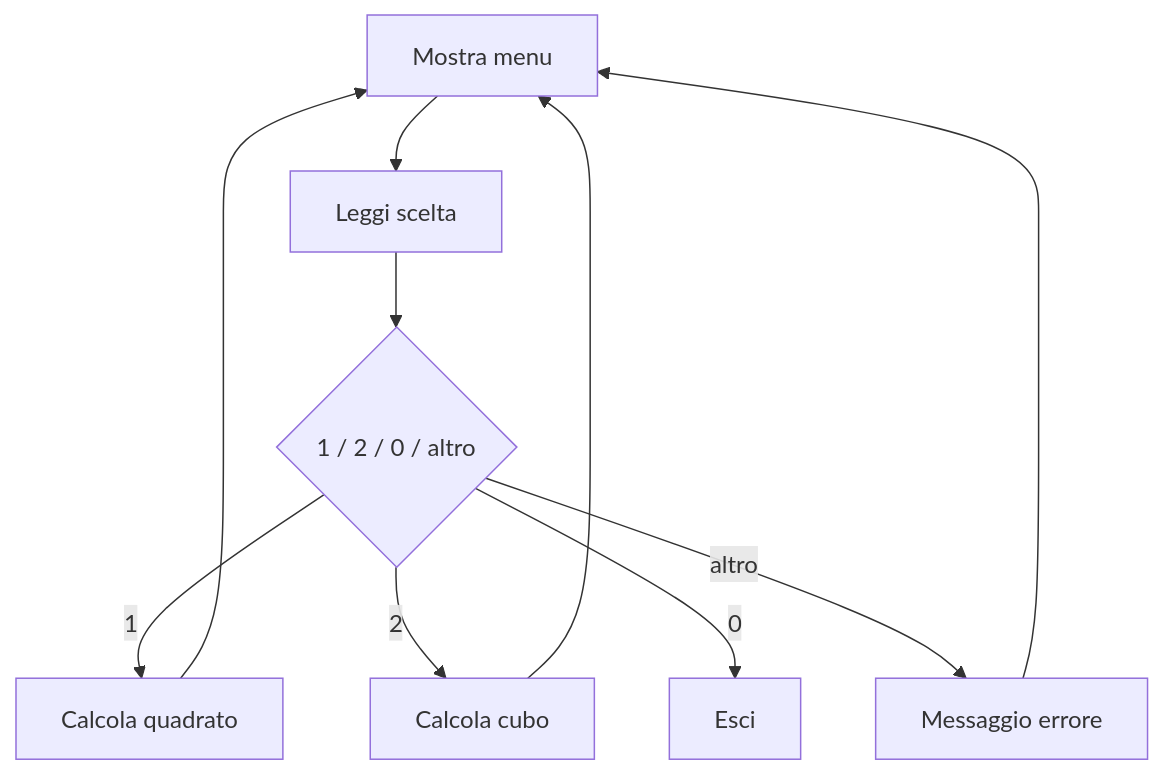
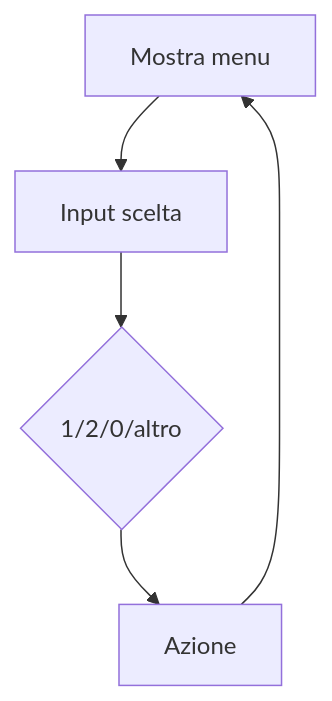
Before and after one commit to lucadagati/Lab_Fondamenti_di_Informatica_25_26: diagram 18 of 20 in 04-python-jupyter-analisi-biomedica/README.md, drawn with Mermaid. The commit also changed other lines of this file, not shown here.

First line of the commit message:
README Lab 4: diagrammi separati per Jupyter e Python

````diff
--- a/04-python-jupyter-analisi-biomedica/README.md
+++ b/04-python-jupyter-analisi-biomedica/README.md
@@ -148,12 +208,7 @@
 ```mermaid
 flowchart TD
-    A[Mostra menu] --> B[Leggi scelta]
-    B --> C{1 / 2 / 0 / altro}
-    C -->|1| D[Calcola quadrato]
-    C -->|2| E[Calcola cubo]
-    C -->|0| F[Esci]
-    C -->|altro| G[Messaggio errore]
+    A[Mostra menu] --> B[Input scelta]
+    B --> C{1/2/0/altro}
+    C --> D[Azione]
     D --> A
-    E --> A
-    G --> A
 ```
````
